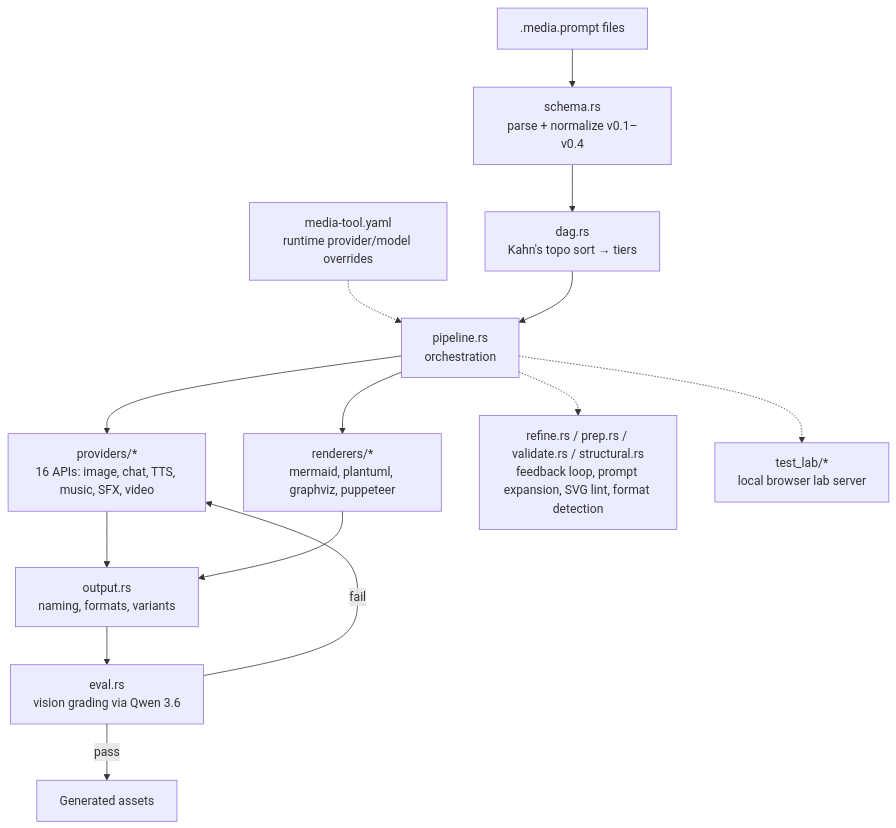
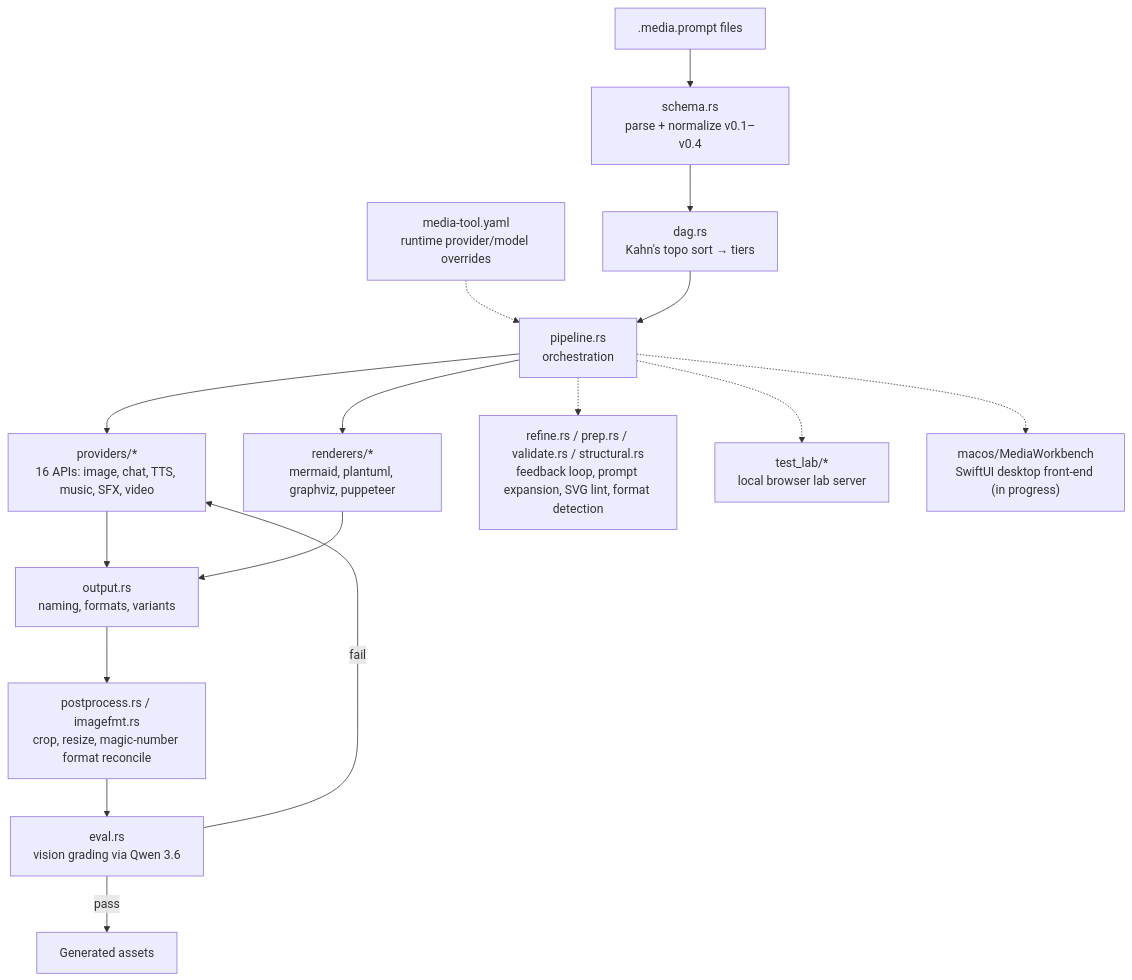
Before and after one commit to the-robot-lives/media-tools: the diagram in docs/PROJ-ARCH.md, drawn with Mermaid. The commit also changed other lines of this file and 8 other files, not shown here.

Commit message:
docs: refresh layout/schema/arch + add threat model (2026-10-07 fleet sweep)

````diff
--- a/docs/PROJ-ARCH.md
+++ b/docs/PROJ-ARCH.md
@@ -11,16 +11,18 @@
 ```mermaid
 graph TB
     A[".media.prompt files"] --> B["schema.rs<br/>parse + normalize v0.1–v0.4"]
     B --> C["dag.rs<br/>Kahn's topo sort → tiers"]
     M["media-tool.yaml<br/>runtime provider/model overrides"] -.-> D
     C --> D["pipeline.rs<br/>orchestration"]
     D --> E["providers/*<br/>16 APIs: image, chat, TTS, music, SFX, video"]
     D --> F["renderers/*<br/>mermaid, plantuml, graphviz, puppeteer"]
     E --> G["output.rs<br/>naming, formats, variants"]
     F --> G
-    G --> H["eval.rs<br/>vision grading via Qwen 3.6"]
+    G --> PP["postprocess.rs / imagefmt.rs<br/>crop, resize, magic-number format reconcile"]
+    PP --> H["eval.rs<br/>vision grading via Qwen 3.6"]
     H -->|fail| E
     H -->|pass| I["Generated assets"]
     D -.-> J["refine.rs / prep.rs / validate.rs / structural.rs<br/>feedback loop, prompt expansion, SVG lint, format detection"]
     D -.-> T["test_lab/*<br/>local browser lab server"]
+    D -.-> WK["macos/MediaWorkbench<br/>SwiftUI desktop front-end (in progress)"]
 ```
````
